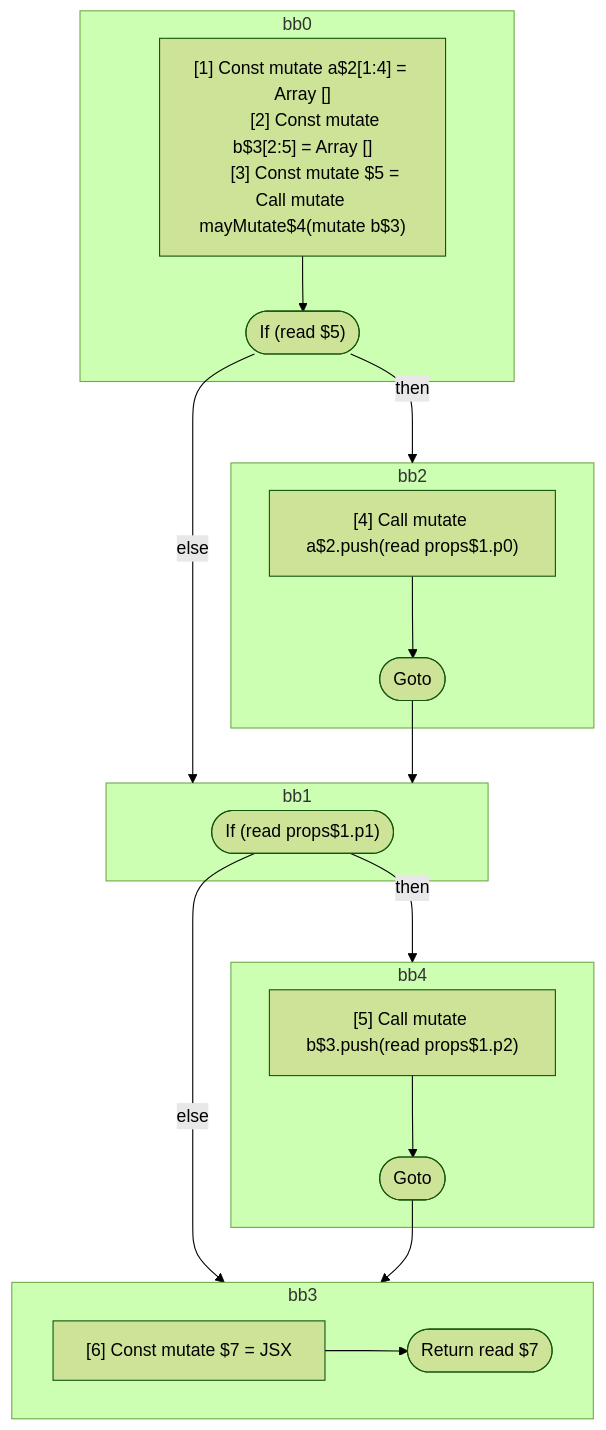
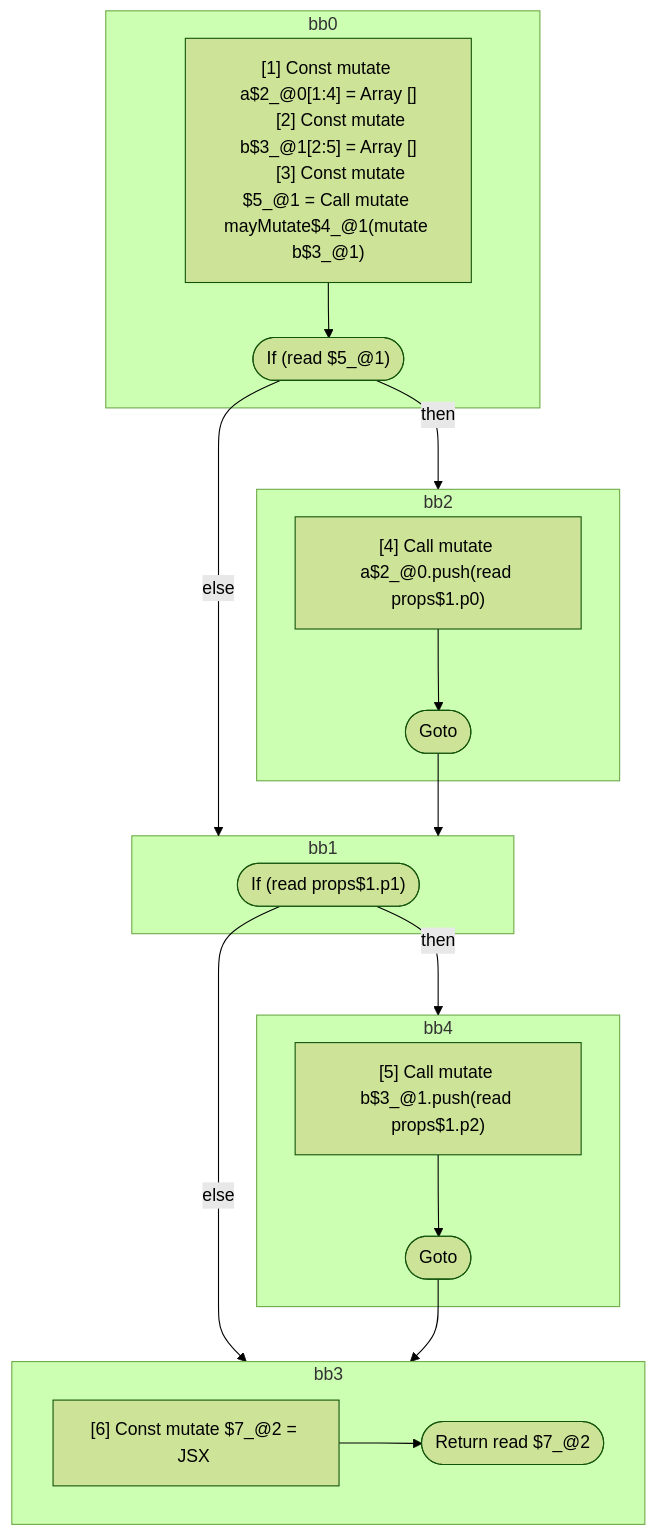
Before and after one commit to wutsmog/private: the second of 4 diagrams in compiler/forget/src/__tests__/fixtures/hir/conditional-on-mutable.expect.md, drawn with Mermaid (forest theme). The commit also changed other lines of this file and 60 other files, not shown here.

````diff
--- a/compiler/forget/src/__tests__/fixtures/hir/conditional-on-mutable.expect.md
+++ b/compiler/forget/src/__tests__/fixtures/hir/conditional-on-mutable.expect.md
@@ -179,42 +179,42 @@
 ```mermaid
 flowchart TB
   %% Basic Blocks
   subgraph bb0
     bb0_instrs["
-      [1] Const mutate a$2[1:4] = Array []
-      [2] Const mutate b$3[2:5] = Array []
-      [3] Const mutate $5 = Call mutate mayMutate$4(mutate b$3)
+      [1] Const mutate a$2_@0[1:4] = Array []
+      [2] Const mutate b$3_@1[2:5] = Array []
+      [3] Const mutate $5_@1 = Call mutate mayMutate$4_@1(mutate b$3_@1)
     "]
-    bb0_instrs --> bb0_terminal(["If (read $5)"])
+    bb0_instrs --> bb0_terminal(["If (read $5_@1)"])
   end
   subgraph bb2
     bb2_instrs["
-      [4] Call mutate a$2.push(read props$1.p0)
+      [4] Call mutate a$2_@0.push(read props$1.p0)
     "]
     bb2_instrs --> bb2_terminal(["Goto"])
   end
   subgraph bb1
     bb1_terminal(["If (read props$1.p1)"])
   end
   subgraph bb4
     bb4_instrs["
-      [5] Call mutate b$3.push(read props$1.p2)
+      [5] Call mutate b$3_@1.push(read props$1.p2)
     "]
     bb4_instrs --> bb4_terminal(["Goto"])
   end
   subgraph bb3
     bb3_instrs["
-      [6] Const mutate $7 = JSX <read Foo$6 a={freeze a$2} b={freeze b$3} ></read Foo$6>
+      [6] Const mutate $7_@2 = JSX <read Foo$6 a={freeze a$2_@0} b={freeze b$3_@1} ></read Foo$6>
     "]
-    bb3_instrs --> bb3_terminal(["Return read $7"])
+    bb3_instrs --> bb3_terminal(["Return read $7_@2"])
   end
 
   %% Jumps
   bb0_terminal -- then --> bb2
   bb0_terminal -- else --> bb1
   bb2_terminal --> bb1
   bb1_terminal -- then --> bb4
   bb1_terminal -- else --> bb3
   bb4_terminal --> bb3
 
 ```
````
